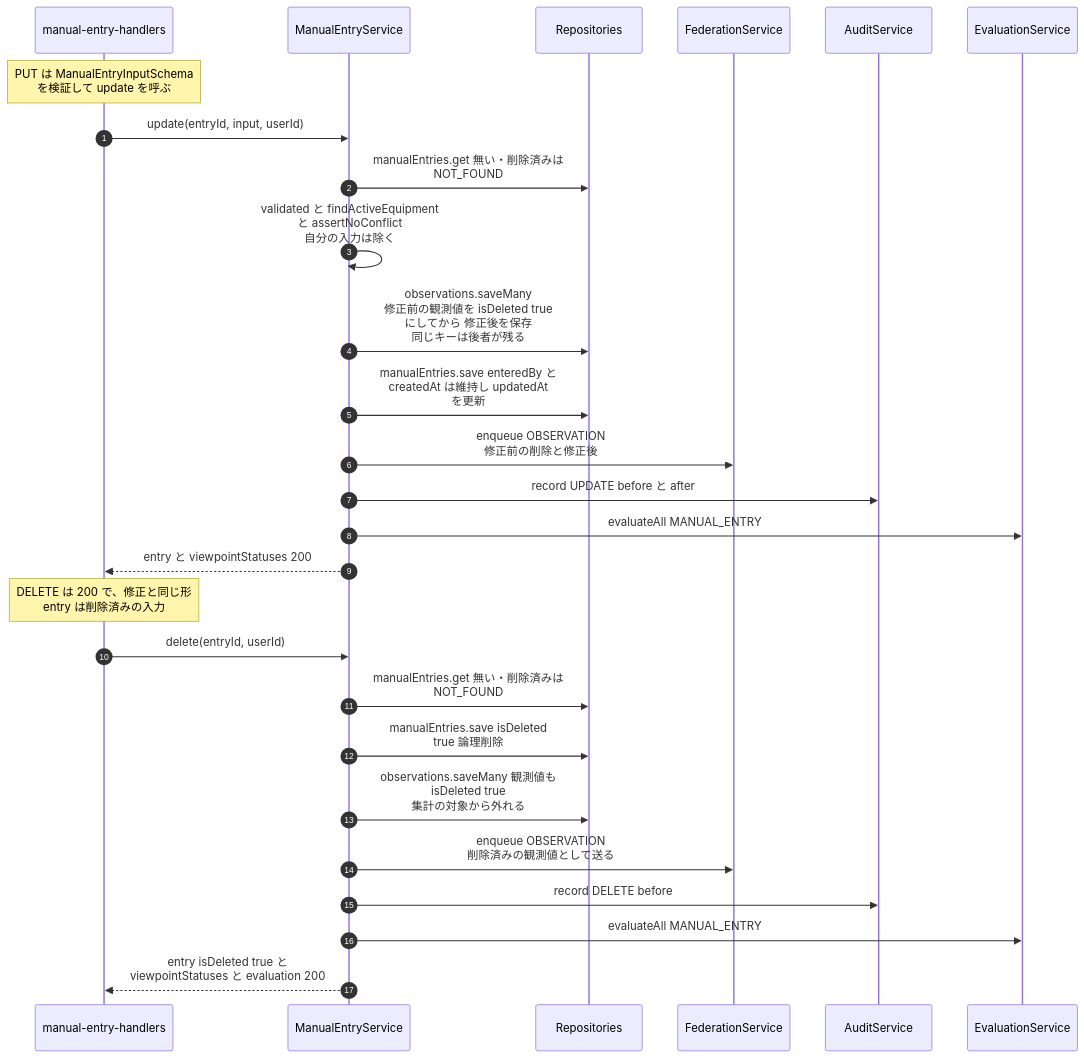
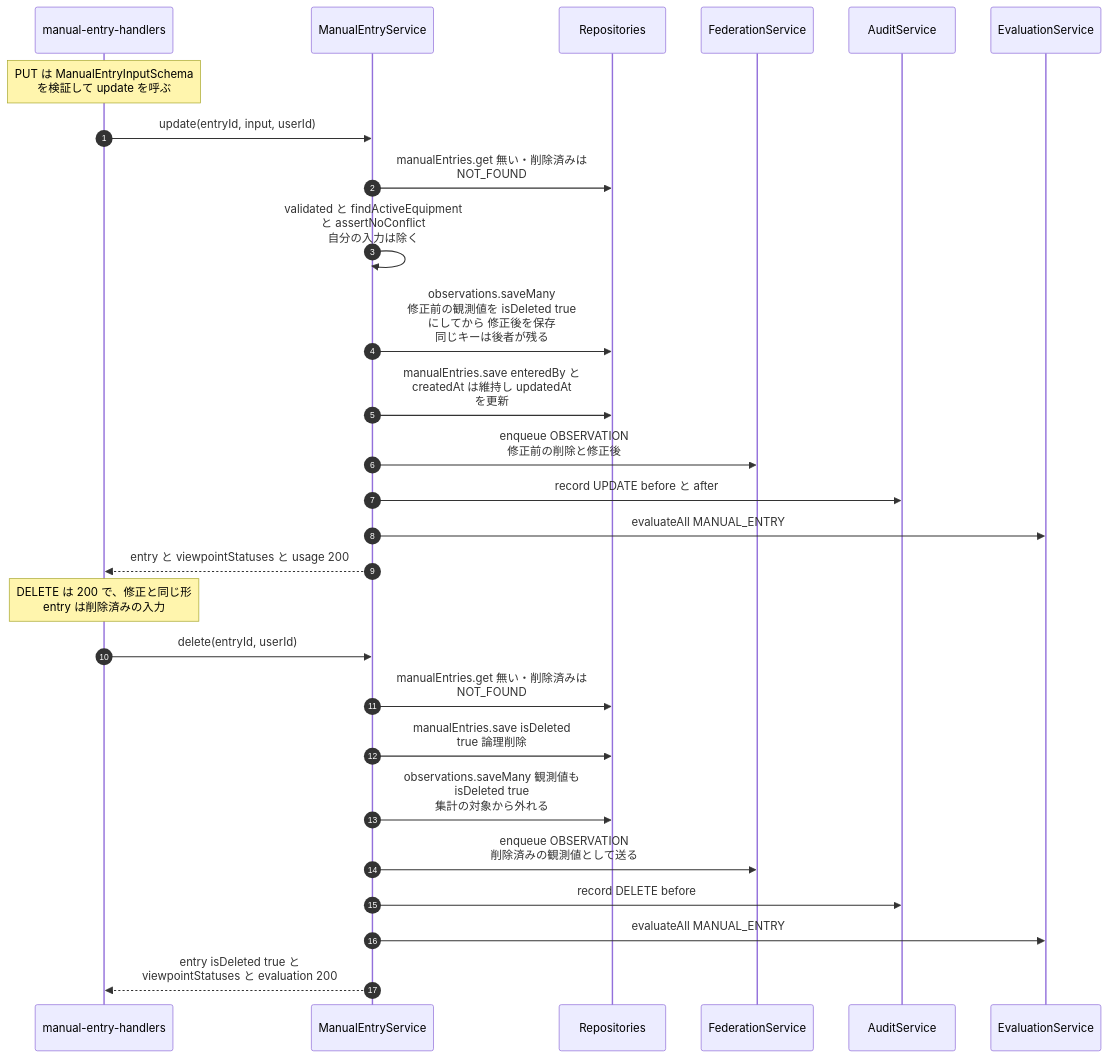
Diagram 16 of 47 in docs/10_design/architecture/as-built.md (NS-APU/smart-farm-monitoring), drawn with Mermaid before and after one commit. The commit also changed other lines of this file and 6 other files, not shown here.

````diff
--- a/docs/10_design/architecture/as-built.md
+++ b/docs/10_design/architecture/as-built.md
@@ -1386,31 +1387,31 @@
 ```mermaid
 sequenceDiagram
   autonumber
   participant H as manual-entry-handlers
   participant MS as ManualEntryService
   participant REP as Repositories
   participant FS as FederationService
   participant AU as AuditService
   participant EV as EvaluationService
 
   Note over H: PUT は ManualEntryInputSchema<br>を検証して update を呼ぶ
   H->>MS: update(entryId, input, userId)
   MS->>REP: manualEntries.get 無い・削除済みは<br>NOT_FOUND
   MS->>MS: validated と findActiveEquipment<br>と assertNoConflict<br>自分の入力は除く
   MS->>REP: observations.saveMany<br>修正前の観測値を isDeleted true<br>にしてから 修正後を保存<br>同じキーは後者が残る
   MS->>REP: manualEntries.save enteredBy と<br>createdAt は維持し updatedAt<br>を更新
   MS->>FS: enqueue OBSERVATION<br>修正前の削除と修正後
   MS->>AU: record UPDATE before と after
   MS->>EV: evaluateAll MANUAL_ENTRY
-  MS-->>H: entry と viewpointStatuses 200
+  MS-->>H: entry と viewpointStatuses と usage 200
 
   Note over H: DELETE は 200 で、修正と同じ形<br>entry は削除済みの入力 #150
   H->>MS: delete(entryId, userId)
   MS->>REP: manualEntries.get 無い・削除済みは<br>NOT_FOUND
   MS->>REP: manualEntries.save isDeleted<br>true 論理削除
   MS->>REP: observations.saveMany 観測値も<br>isDeleted true<br>集計の対象から外れる
   MS->>FS: enqueue OBSERVATION<br>削除済みの観測値として送る
   MS->>AU: record DELETE before
   MS->>EV: evaluateAll MANUAL_ENTRY
   MS-->>H: entry isDeleted true と<br>viewpointStatuses と evaluation 200
 ```
````
